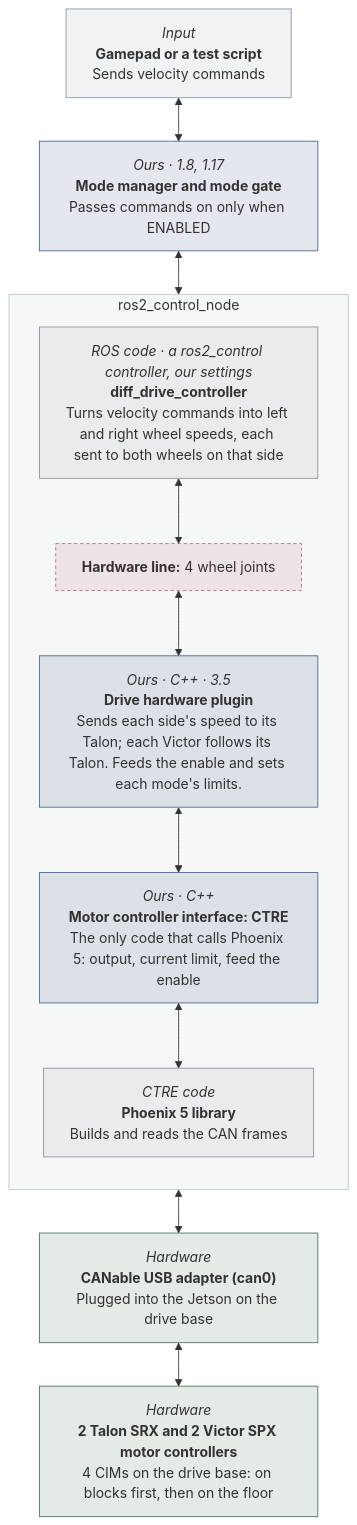
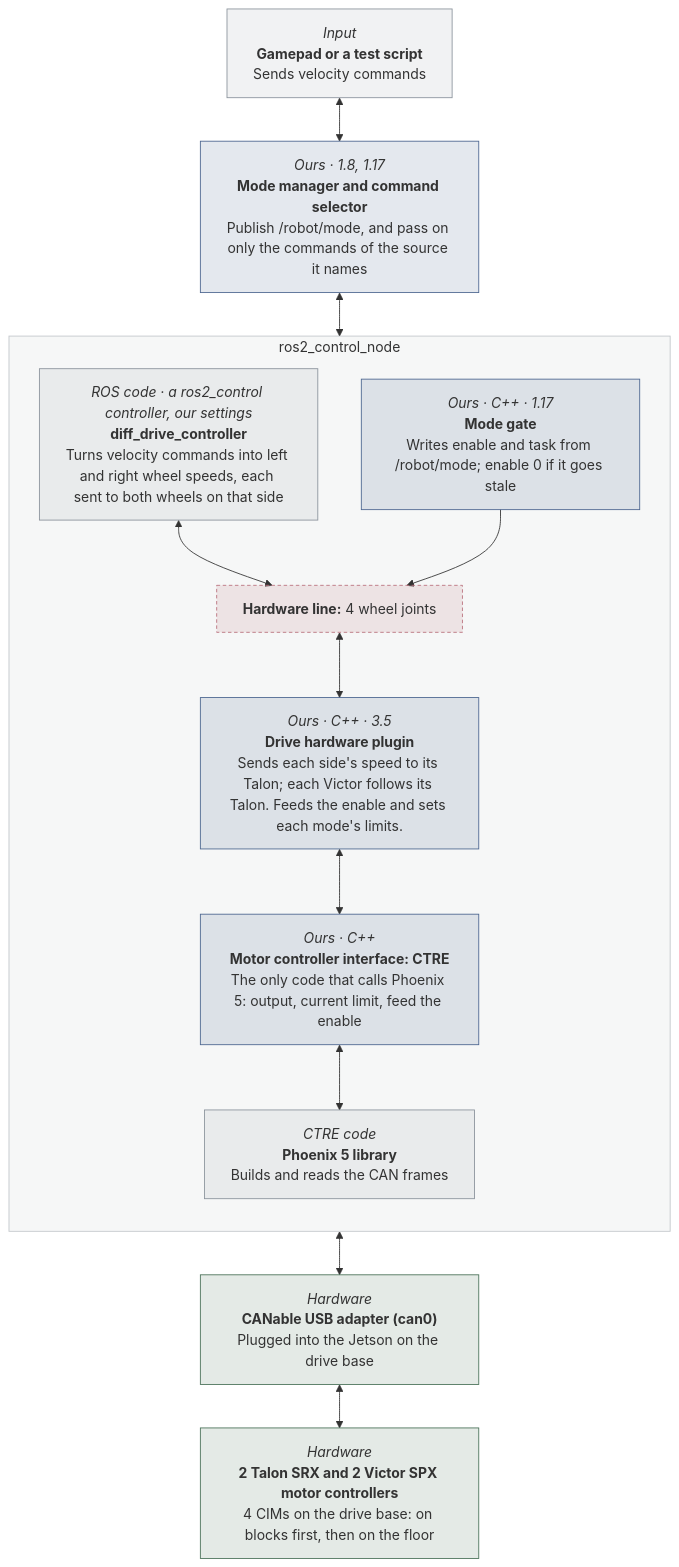
One commit to STAR-Robotics-Team/starrt-luna-software changed the fifth of 30 diagrams in docs/design/hardware-test-modes.md. Above: the diagram before and after it, drawn with Mermaid. The commit also changed other lines of this file and 10 other files, not shown here.

````diff
--- a/docs/design/hardware-test-modes.md
+++ b/docs/design/hardware-test-modes.md
@@ -291,55 +307,59 @@
 ```mermaid
 ---
 config:
   flowchart:
     wrappingWidth: 260
 ---
 flowchart TB
   b1["`*Input*
 **Gamepad or a test script**
 Sends velocity commands`"]
   b2["`*Ours · 1.8, 1.17*
-**Mode manager and mode gate**
-Passes commands on only when ENABLED`"]
+**Mode manager and command selector**
+Publish /robot/mode, and pass on only the commands of the source it names`"]
   subgraph grp4["ros2_control_node"]
     direction TB
+    bgate["`*Ours · C++ · 1.17*
+**Mode gate**
+Writes enable and task from /robot/mode; enable 0 if it goes stale`"]
     b3["`*ROS code · a ros2_control controller, our settings*
 **diff_drive_controller**
 Turns velocity commands into left and right wheel speeds, each sent to both wheels on that side`"]
     line5["`**Hardware line:** 4 wheel joints`"]
     b6["`*Ours · C++ · 3.5*
 **Drive hardware plugin**
 Sends each side's speed to its Talon; each Victor follows its Talon. Feeds the enable and sets each mode's limits.`"]
     b7["`*Ours · C++*
 **Motor controller interface: CTRE**
 The only code that calls Phoenix 5: output, current limit, feed the enable`"]
     b8["`*CTRE code*
 **Phoenix 5 library**
 Builds and reads the CAN frames`"]
     b3 <--> line5
+    bgate --> line5
     line5 <--> b6
     b6 <--> b7
     b7 <--> b8
   end
   b9["`*Hardware*
 **CANable USB adapter (can0)**
 Plugged into the Jetson on the drive base`"]
   b10["`*Hardware*
 **2 Talon SRX and 2 Victor SPX motor controllers**
 4 CIMs on the drive base: on blocks first, then on the floor`"]
   b1 <--> b2
   b2 <--> grp4
   grp4 <--> b9
   b9 <--> b10
   classDef ours fill:#4c669026,stroke:#4c6690
   classDef ros fill:#8b939c1f,stroke:#8b939c
   classDef stand fill:#b0844526,stroke:#b08445
   classDef hw fill:#4a725926,stroke:#4a7259
   classDef hwline fill:#b9707c26,stroke:#b9707c,stroke-dasharray:4 3
   classDef ghost fill:none,stroke:#8b939c,stroke-dasharray:4 4,color:#8b939c
   class b1,b3,b8 ros
-  class b2,b6,b7 ours
+  class b2,b6,b7,bgate ours
   class line5 hwline
   class b9,b10 hw
   style grp4 fill:#8b939c14,stroke:#8b939c80
 ```
````
